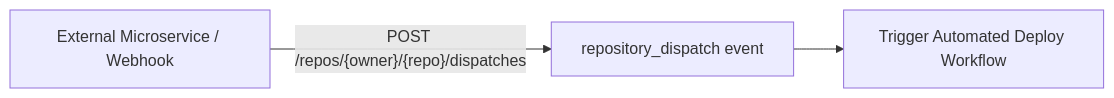
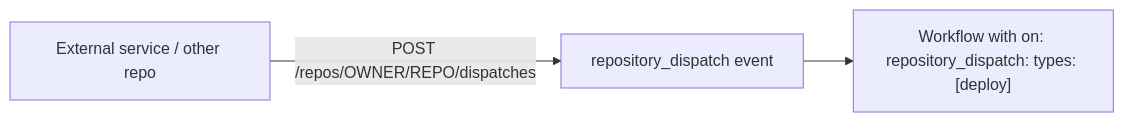
One commit to TheLearningHubOrg/learn-github-actions changed the ninth of 27 diagrams in README.md. Above: the diagram before and after it, drawn with Mermaid. The commit also changed other lines of this file and 39 other files, not shown here.

````diff
--- a/README.md
+++ b/README.md
@@ -281,5 +787,5 @@
 ```mermaid
 flowchart LR
-    Webhook["External Microservice / Webhook"] -->|"POST /repos/{owner}/{repo}/dispatches"| Dispatch["repository_dispatch event"]
-    Dispatch --> Workflow["Trigger Automated Deploy Workflow"]
+    Webhook["External service / other repo"] -->|"POST /repos/OWNER/REPO/dispatches"| Dispatch["repository_dispatch event"]
+    Dispatch --> Workflow["Workflow with on: repository_dispatch: types: [deploy]"]
 ```
````
